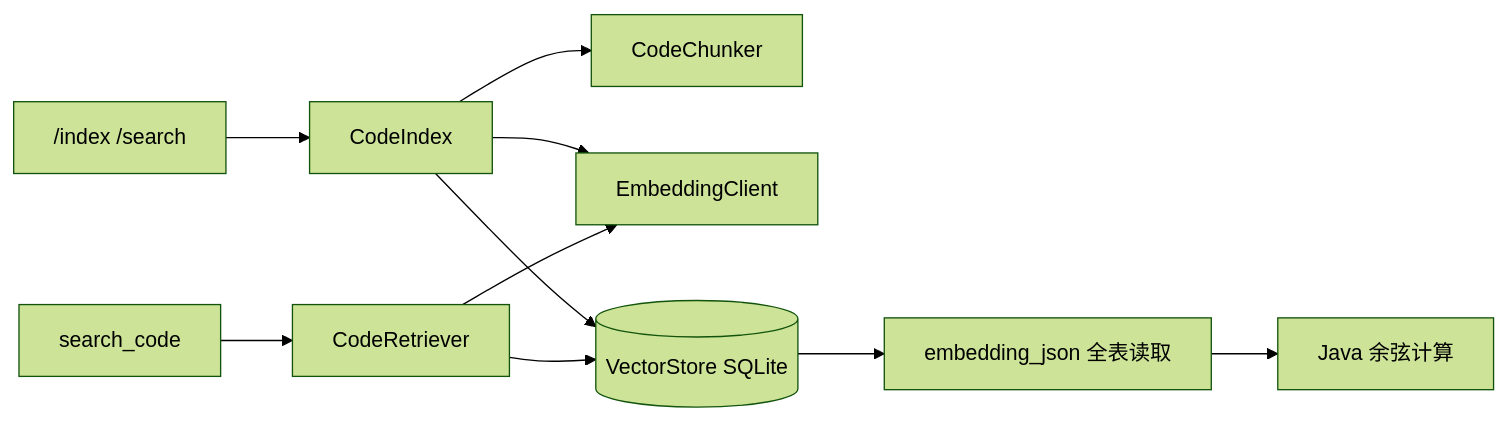
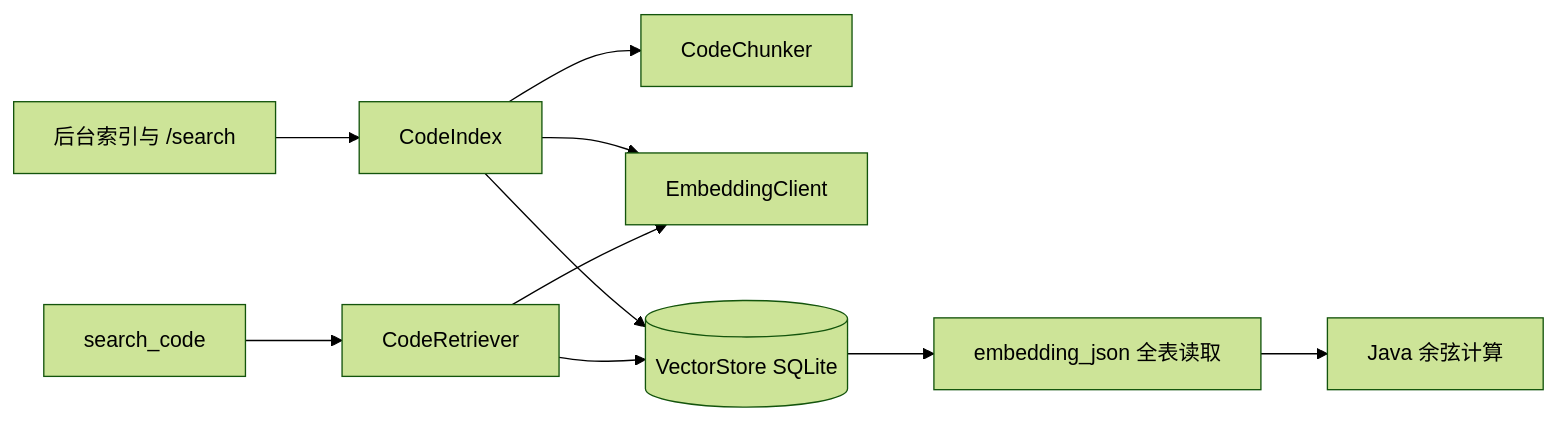
One commit to zgjdev/Code-Agent changed the first of 4 diagrams in docs/dev/20-local-first-layered-retrieval-implementation-plan.md. Above: the diagram before and after it, drawn with Mermaid (forest theme). The commit also changed other lines of this file and 24 other files, not shown here.

````diff
--- a/docs/dev/20-local-first-layered-retrieval-implementation-plan.md
+++ b/docs/dev/20-local-first-layered-retrieval-implementation-plan.md
@@ -76,12 +76,12 @@
 ```mermaid
 flowchart LR
-    CLI["/index /search"] --> CI[CodeIndex]
+    CLI["后台索引与 /search"] --> CI[CodeIndex]
     TOOL[search_code] --> CR[CodeRetriever]
     CI --> CC[CodeChunker]
     CI --> EC[EmbeddingClient]
     CI --> VS[(VectorStore SQLite)]
     CR --> EC
     CR --> VS
     VS --> JSON[embedding_json 全表读取]
     JSON --> COS[Java 余弦计算]
 ```
````
